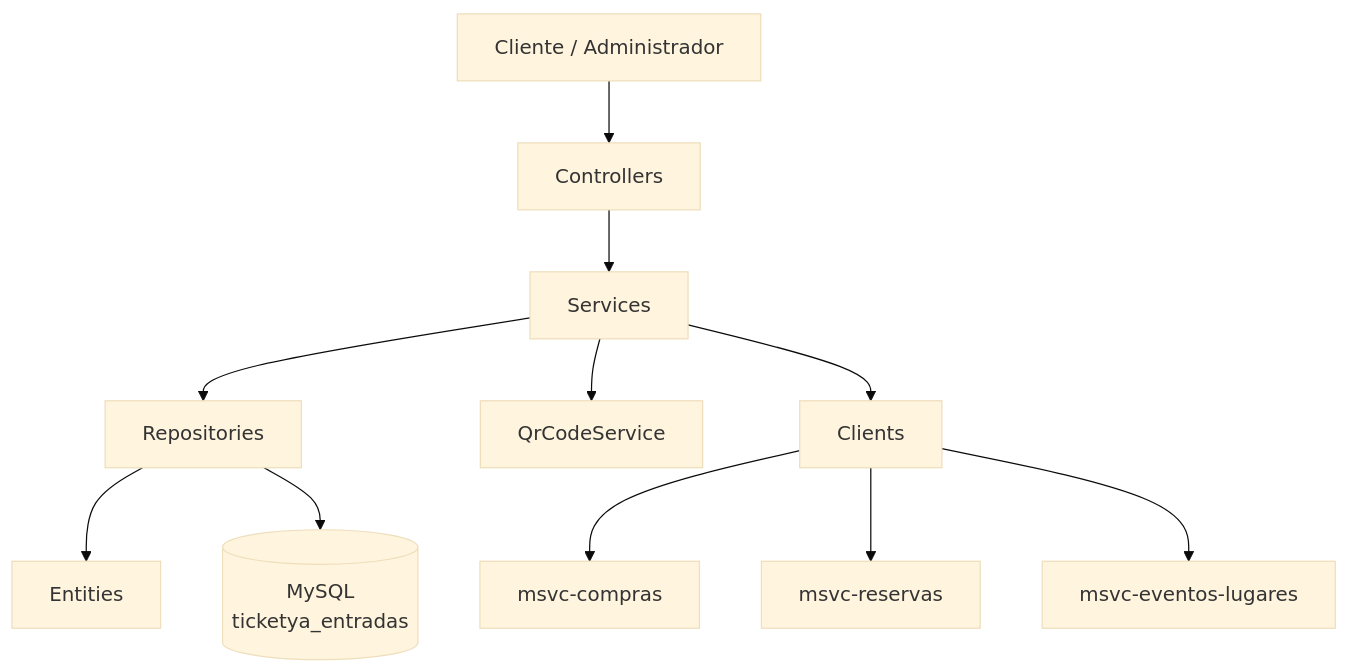
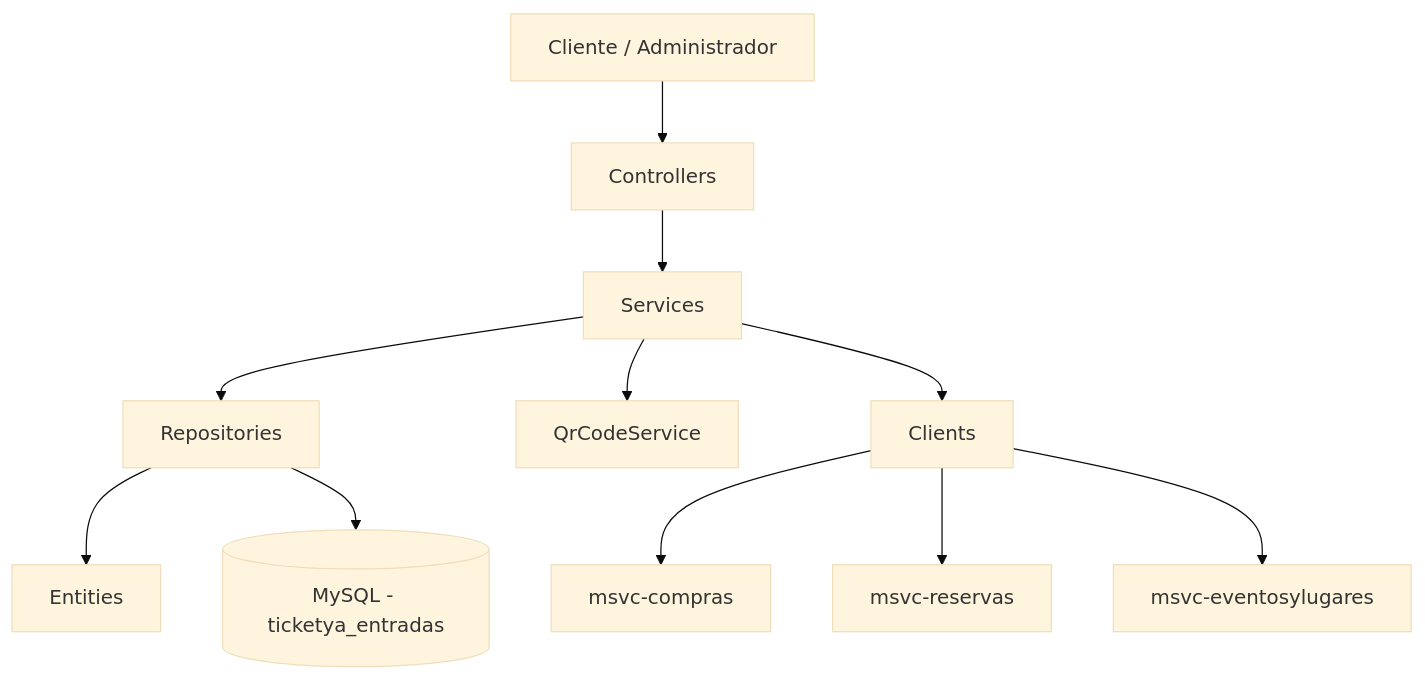
Before and after one commit to LuliDiNucci/arquitecturasGrupo12: the first of 3 diagrams in TPE-micro1/msvc-entradas/docs/02-ARQUITECTURA-Y-DIAGRAMAS.md, drawn with Mermaid (base theme). The commit also changed other lines of this file and 41 other files, not shown here.

````diff
--- a/TPE-micro1/msvc-entradas/docs/02-ARQUITECTURA-Y-DIAGRAMAS.md
+++ b/TPE-micro1/msvc-entradas/docs/02-ARQUITECTURA-Y-DIAGRAMAS.md
@@ -46,25 +44,25 @@
 ```mermaid
 flowchart TD
     Cliente["Cliente / Administrador"]
     Controller["Controllers"]
     Service["Services"]
     Repository["Repositories"]
     Entity["Entities"]
-    DB[("MySQL<br/>ticketya_entradas")]
+    DB[("MySQL - ticketya_entradas")]
     QR["QrCodeService"]
     Clients["Clients"]
     Compras["msvc-compras"]
     Reservas["msvc-reservas"]
-    Eventos["msvc-eventos-lugares"]
+    Eventos["msvc-eventosylugares"]
 
     Cliente --> Controller
     Controller --> Service
     Service --> Repository
     Repository --> Entity
     Repository --> DB
     Service --> QR
     Service --> Clients
     Clients --> Compras
     Clients --> Reservas
     Clients --> Eventos
 ```
````
